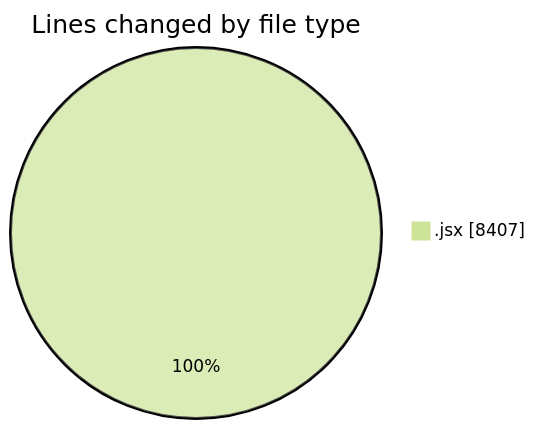
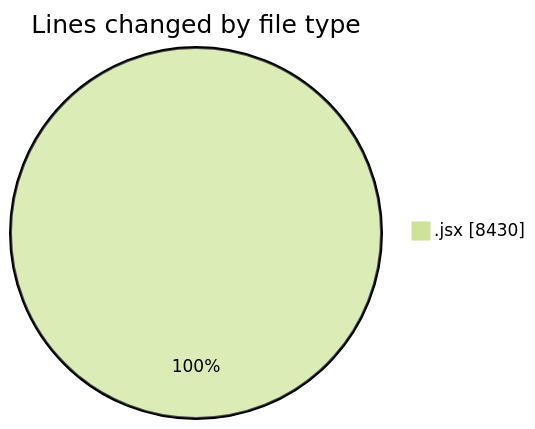
Before and after one commit to nxtqubesakshisongat/code-tracking: the first of 2 diagrams in 2025-09-09/nxtqube_webapp/README.md, drawn with Mermaid (forest theme). The commit also changed other lines of this file and 1 other file, not shown here.

````diff
--- a/2025-09-09/nxtqube_webapp/README.md
+++ b/2025-09-09/nxtqube_webapp/README.md
@@ -23,5 +23,5 @@
 ```mermaid
 pie showData
 title Lines changed by file type
-".jsx" : 8407
+".jsx" : 8430
 ```
````
